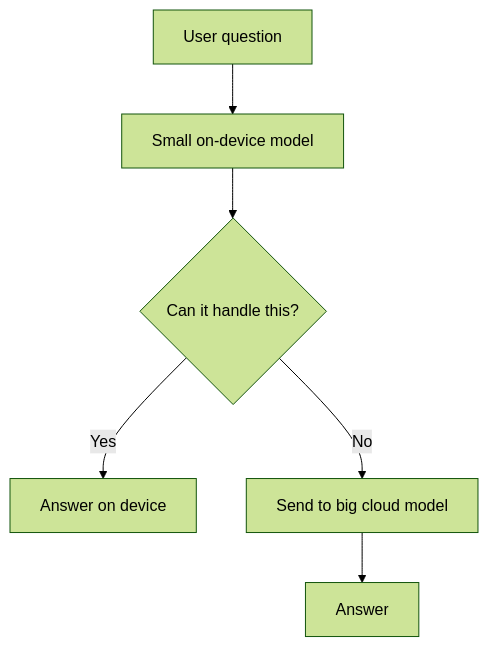
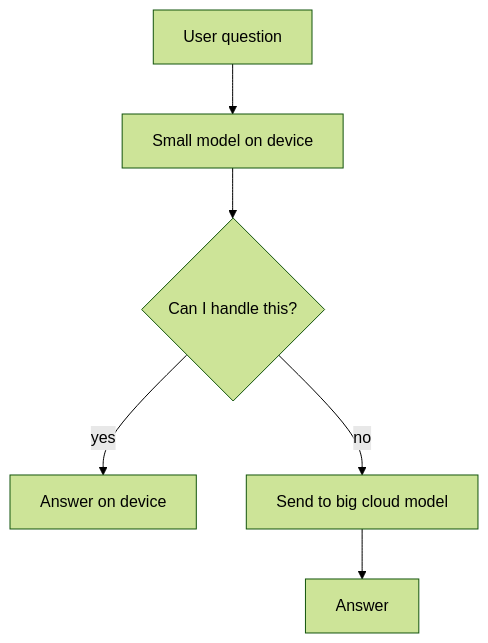
One commit to kaisarnajar/outcome-school-blogs changed the second of 3 diagrams in notes/step-16-ai-infrastructure-deployment-and-system-design/185-cloud-vs-on-device-model-deployment.md. Above: the diagram before and after it, drawn with Mermaid (forest theme). The commit also changed other lines of this file and 233 other files, not shown here.

````diff
--- a/notes/step-16-ai-infrastructure-deployment-and-system-design/185-cloud-vs-on-device-model-deployment.md
+++ b/notes/step-16-ai-infrastructure-deployment-and-system-design/185-cloud-vs-on-device-model-deployment.md
@@ -44,8 +51,8 @@
 ```mermaid
 flowchart TD
-    Q["User question"] --> S["Small on-device model"]
-    S --> D{"Can it handle this?"}
-    D -->|"Yes"| A["Answer on device"]
-    D -->|"No"| C["Send to big cloud model"]
-    C --> B["Answer"]
+    Q["User question"] --> S["Small model on device"]
+    S --> C{"Can I handle this?"}
+    C -->|"yes"| A1["Answer on device"]
+    C -->|"no"| B["Send to big cloud model"]
+    B --> A2["Answer"]
 ```
````
